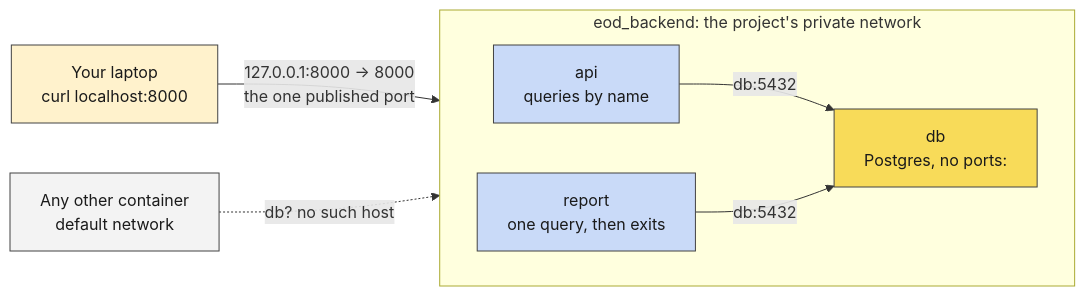
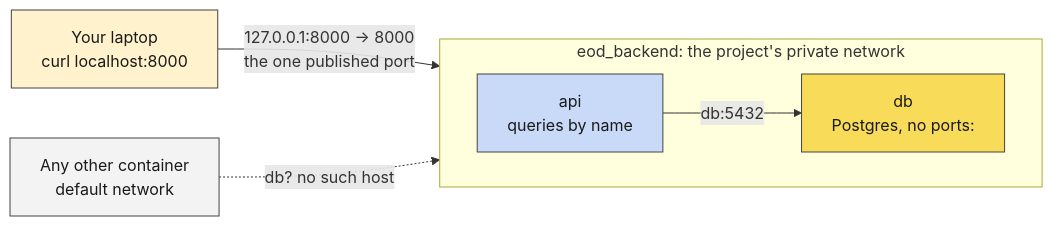
The diagram in courseware/common/diagrams/src/d2-compose.mmd (reachusama-decoded/cg-dxp), drawn with Mermaid before and after one commit. The commit also changed 18 other files, not shown here.

Commit message:
Day 2 Compose demo: two services instead of three (the one-shot report dropped; the API's log takes its cell; adding a one-shot psql service is now the stretch task); Compose file, script, README, notebook, diagram, prep guide, glossary and demos index updated; Day 2 documents and PDFs rebuilt

```diff
--- a/courseware/common/diagrams/src/d2-compose.mmd
+++ b/courseware/common/diagrams/src/d2-compose.mmd
@@ -1,19 +1,18 @@
 flowchart LR
   L["Your laptop<br/>curl localhost:8000"] -->|"127.0.0.1:8000 → 8000<br/>the one published port"| A
   subgraph N["eod_backend: the project's private network"]
     direction LR
     A["api<br/>queries by name"] -->|"db:5432"| Db["db<br/>Postgres, no ports:"]
-    Rp["report<br/>one query, then exits"] -->|"db:5432"| Db
   end
   X["Any other container<br/>default network"] -.->|"db? no such host"| Db
   class L yellow
-  class A,Rp blue
+  class A blue
   class Db focus
   class X grey
 classDef blue fill:#C9DAF8,stroke:#434343,color:#1a1a1a
 classDef yellow fill:#FFF2CC,stroke:#434343,color:#1a1a1a
 classDef focus fill:#F8DB59,stroke:#434343,color:#1a1a1a
 classDef green fill:#D9EAD3,stroke:#434343,color:#1a1a1a
 classDef aqua fill:#D0E0E3,stroke:#434343,color:#1a1a1a
 classDef grey fill:#F3F3F3,stroke:#434343,color:#1a1a1a
 classDef red fill:#F4CCCC,stroke:#434343,color:#1a1a1a
```
